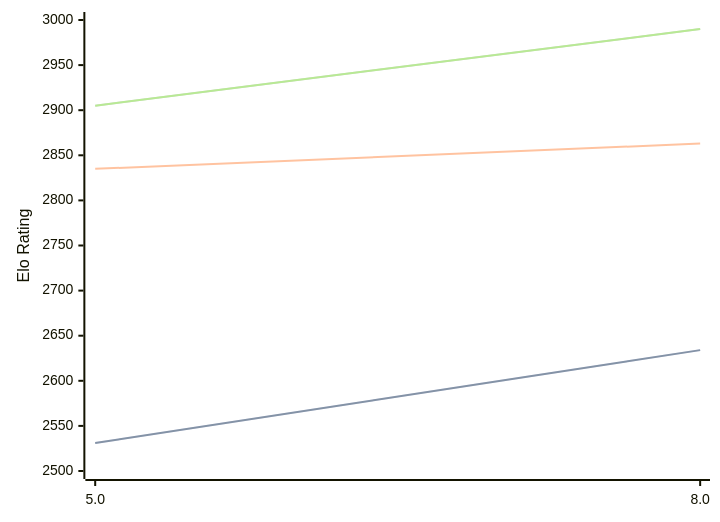
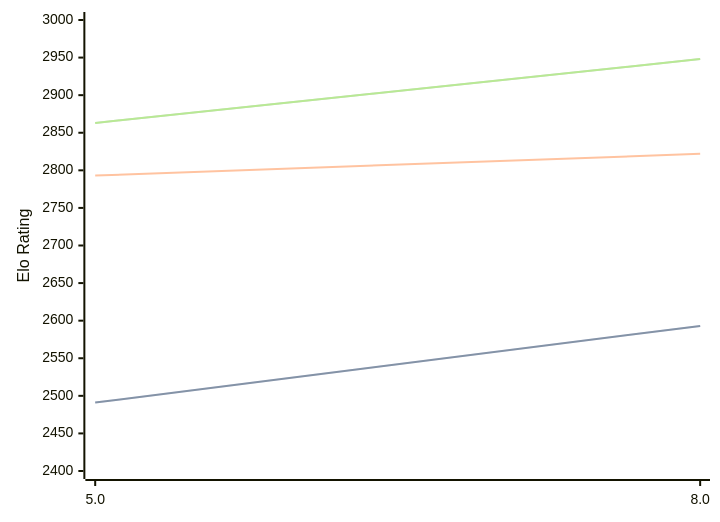
One commit to computer-chess-index/cci changed the diagram in engines/4kc.md. Above: the diagram before and after it, drawn with Mermaid. The commit also changed other lines of this file, not shown here.

Commit message:
Update CCI Ratings (ELO VLTC) - 2026-05-19

````diff
--- a/engines/4kc.md
+++ b/engines/4kc.md
@@ -41,11 +41,11 @@
 ```mermaid
 %%{init: {"theme":"base","themeVariables":{"seriesColors:['#a3a3a3','#222221','#faa371']}}}%%
 xychart-beta
   x-axis ["5.0", "8.0"]
-  y-axis "Elo Rating" 2500 --> 3000
-  line "STC (8.0+0.08s)" [2531, 2634]
-  line "STC (8.0+0.08s)" [2531, 2634]
-  line "LTC (60.0+0.60s)" [2835, 2863]
-  line "VLTC (2m24s+1.12s)" [2905, 2990]
-  line "VLTC (2m24s+1.12s)" [2905, 2990]
+  y-axis "Elo Rating" 2400 --> 3000
+  line "STC (8.0+0.08s)" [2491, 2593]
+  line "STC (8.0+0.08s)" [2491, 2593]
+  line "LTC (60.0+0.60s)" [2793, 2822]
+  line "VLTC (2m24s+1.12s)" [2863, 2948]
+  line "VLTC (2m24s+1.12s)" [2863, 2948]
 ```
````
